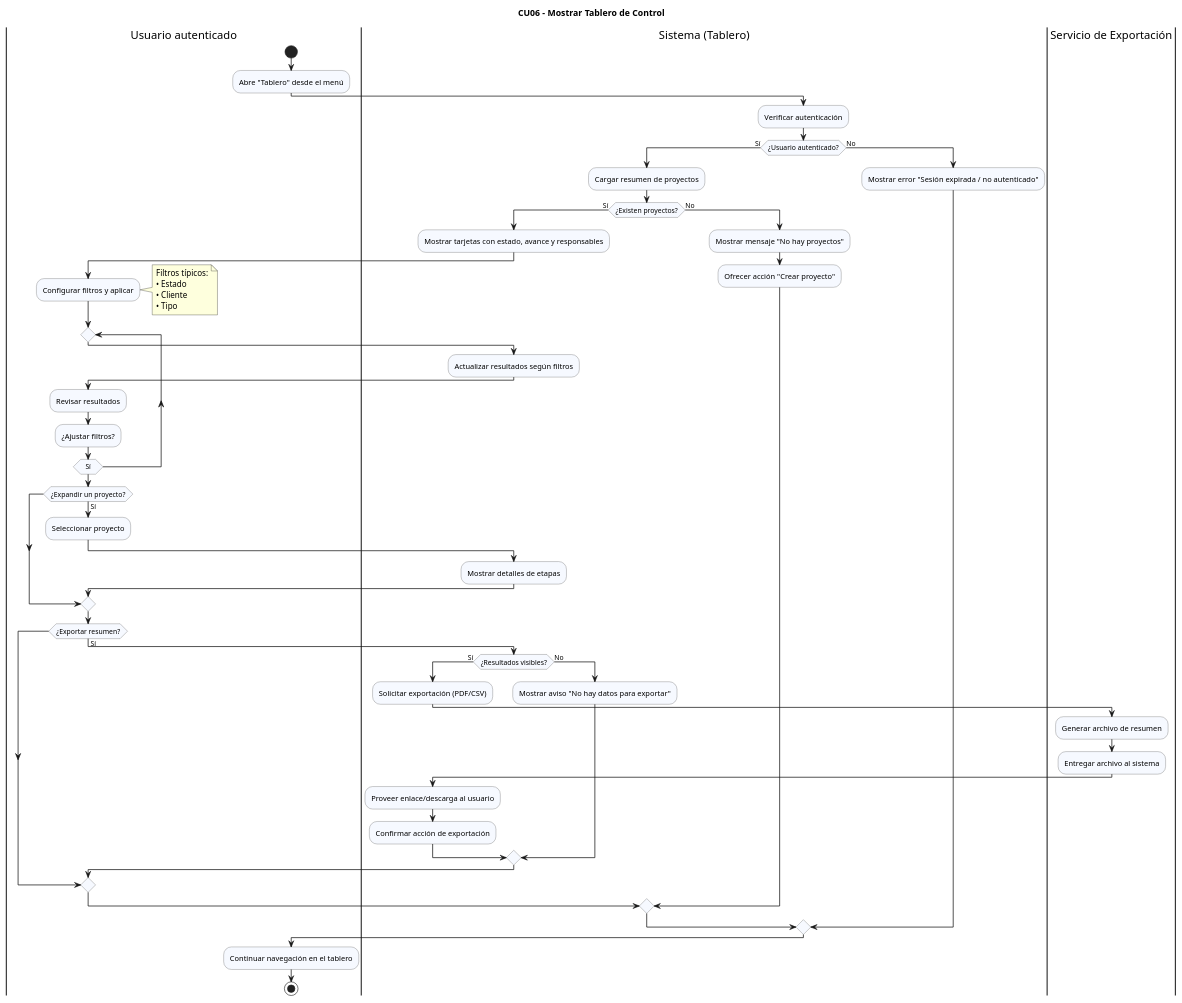
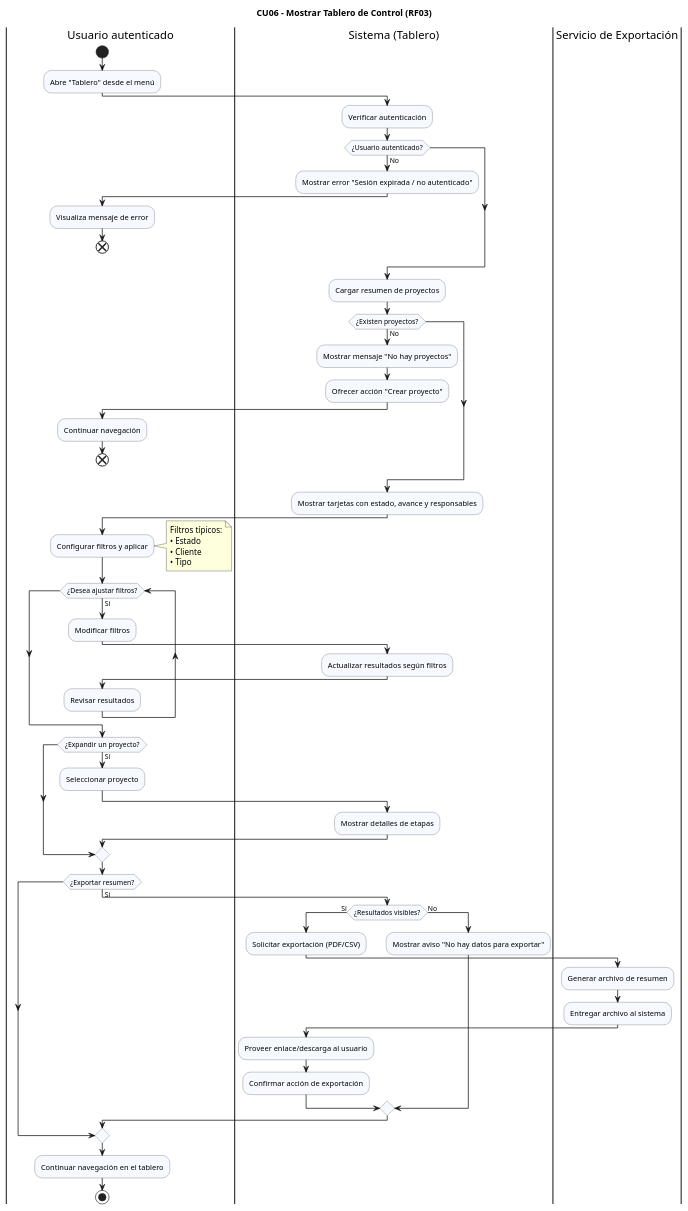
The diagram in diagramas/04-diagramas-actividades/04-actividad-mostrar-tablero-control-06.puml (dantebiondi666-prog/SistemaProductoraVideos), drawn with PlantUML before and after one commit. The commit also changed 2 other files, not shown here.

```diff
--- a/diagramas/04-diagramas-actividades/04-actividad-mostrar-tablero-control-06.puml
+++ b/diagramas/04-diagramas-actividades/04-actividad-mostrar-tablero-control-06.puml
@@ -1,77 +1,85 @@
 @startuml 04-actividad-mostrar-tablero-control-06
-title CU06 – Mostrar Tablero de Control
+title CU06 – Mostrar Tablero de Control (RF03)
 
 skinparam activity {
   ArrowThickness 1.2
   BorderColor #555
   BackgroundColor #f6f9ff
 }
 skinparam Shadowing false
 
 |Usuario autenticado|
 start
 :Abre "Tablero" desde el menú;
 
 |Sistema (Tablero)|
 :Verificar autenticación;
-if (¿Usuario autenticado?) then (Sí)
-  :Cargar resumen de proyectos;
+if (¿Usuario autenticado?) then (No)
+  :Mostrar error "Sesión expirada / no autenticado";
+  |Usuario autenticado|
+  :Visualiza mensaje de error;
+  end
+endif
 
-  if (¿Existen proyectos?) then (Sí)
-    :Mostrar tarjetas con estado, avance y responsables;
+|Sistema (Tablero)|
+:Cargar resumen de proyectos;
 
-    |Usuario autenticado|
-    :Configurar filtros y aplicar;
-    note right
-      Filtros típicos:
-      • Estado
-      • Cliente
-      • Tipo
-    end note
+if (¿Existen proyectos?) then (No)
+  :Mostrar mensaje "No hay proyectos";
+  :Ofrecer acción "Crear proyecto";
+  |Usuario autenticado|
+  :Continuar navegación;
+  end
+endif
 
-    repeat
-      |Sistema (Tablero)|
-      :Actualizar resultados según filtros;
+|Sistema (Tablero)|
+:Mostrar tarjetas con estado, avance y responsables;
 
-      |Usuario autenticado|
-      :Revisar resultados;
-      :¿Ajustar filtros?;
-    repeat while (Sí)
+|Usuario autenticado|
+:Configurar filtros y aplicar;
+note right
+  Filtros típicos:
+  • Estado
+  • Cliente
+  • Tipo
+end note
 
-    if (¿Expandir un proyecto?) then (Sí)
-      :Seleccionar proyecto;
-      |Sistema (Tablero)|
-      :Mostrar detalles de etapas;
-    endif
+' ====== iteraciones con while (más claro) ======
+while (¿Desea ajustar filtros?) is (Sí)
+  :Modificar filtros;
+  |Sistema (Tablero)|
+  :Actualizar resultados según filtros;
+  |Usuario autenticado|
+  :Revisar resultados;
+endwhile
+' ==============================================
 
-    |Usuario autenticado|
-    if (¿Exportar resumen?) then (Sí)
-      |Sistema (Tablero)|
-      if (¿Resultados visibles?) then (Sí)
-        :Solicitar exportación (PDF/CSV);
+if (¿Expandir un proyecto?) then (Sí)
+  |Usuario autenticado|
+  :Seleccionar proyecto;
+  |Sistema (Tablero)|
+  :Mostrar detalles de etapas;
+endif
 
-        |Servicio de Exportación|
-        :Generar archivo de resumen;
-        :Entregar archivo al sistema;
+|Usuario autenticado|
+if (¿Exportar resumen?) then (Sí)
+  |Sistema (Tablero)|
+  if (¿Resultados visibles?) then (Sí)
+    :Solicitar exportación (PDF/CSV);
 
-        |Sistema (Tablero)|
-        :Proveer enlace/descarga al usuario;
-        :Confirmar acción de exportación;
-      else (No)
-        :Mostrar aviso "No hay datos para exportar";
-      endif
-    endif
+    |Servicio de Exportación|
+    :Generar archivo de resumen;
+    :Entregar archivo al sistema;
 
+    |Sistema (Tablero)|
+    :Proveer enlace/descarga al usuario;
+    :Confirmar acción de exportación;
   else (No)
-    :Mostrar mensaje "No hay proyectos";
-    :Ofrecer acción "Crear proyecto";
+    :Mostrar aviso "No hay datos para exportar";
   endif
-
-else (No)
-  :Mostrar error "Sesión expirada / no autenticado";
 endif
 
 |Usuario autenticado|
 :Continuar navegación en el tablero;
 stop
 @enduml
```
